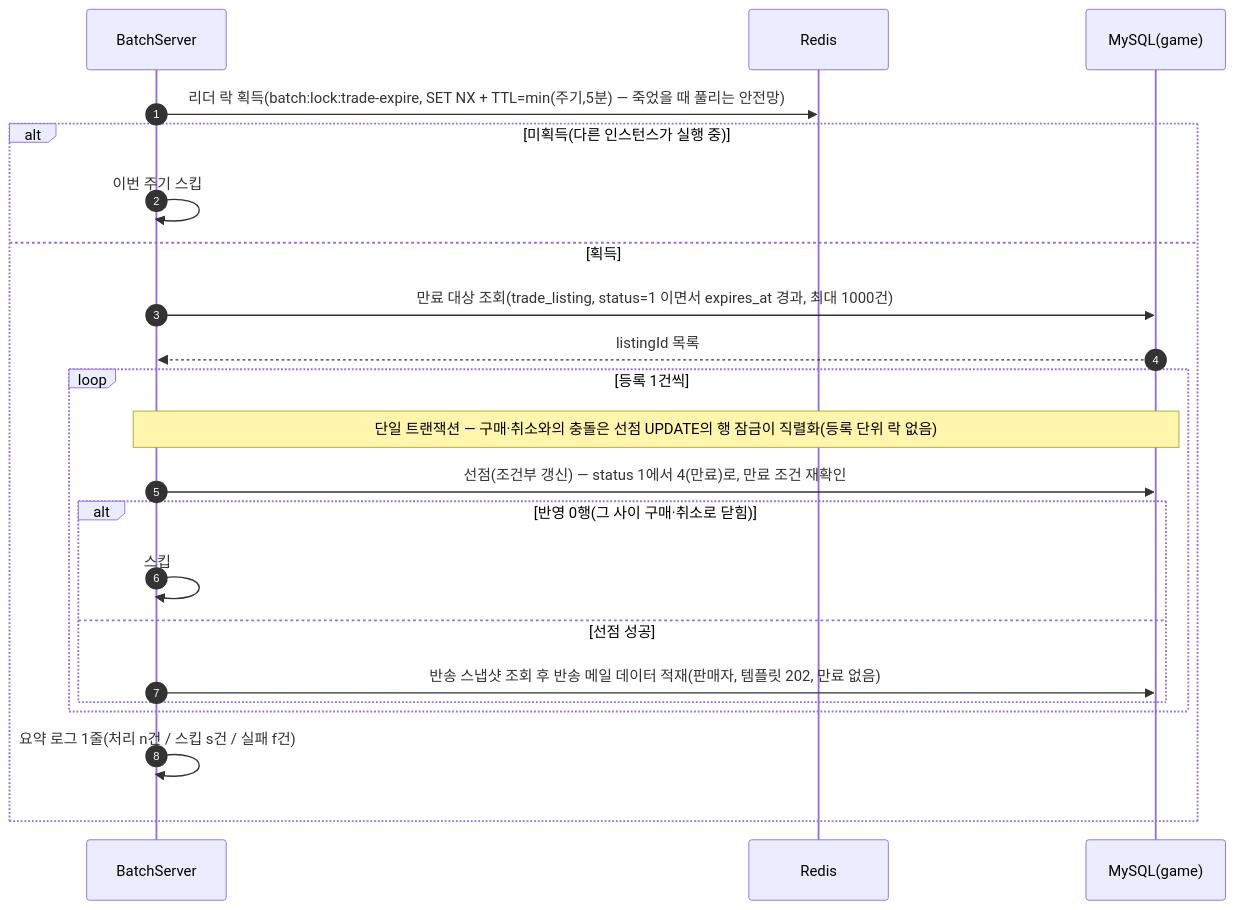
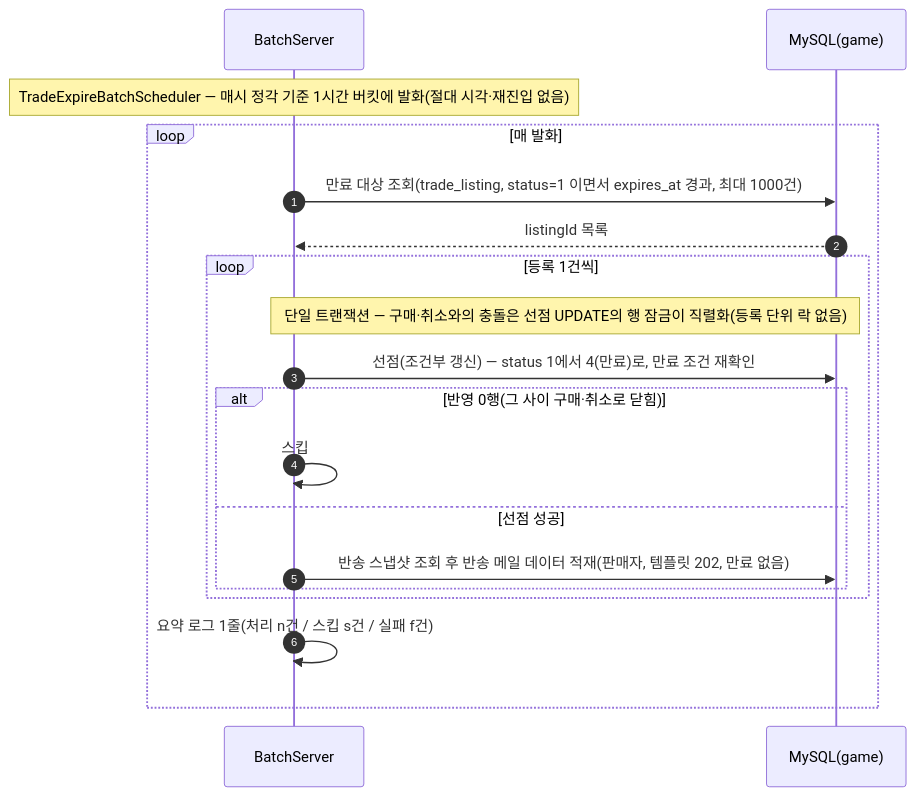
One commit to ks-wook/com2us-taskbar-hero changed diagram 32 of 48 in SequenceDiagram/README.md. Above: the diagram before and after it, drawn with Mermaid. The commit also changed other lines of this file and 83 other files, not shown here.

````diff
--- a/SequenceDiagram/README.md
+++ b/SequenceDiagram/README.md
@@ -1032,25 +1032,22 @@
 ```mermaid
 sequenceDiagram
     autonumber
     participant S as BatchServer
-    participant R as Redis
     participant DB as MySQL(game)
 
-    S->>R: 리더 락 획득(batch:lock:trade-expire, SET NX + TTL=min(주기,5분) — 죽었을 때 풀리는 안전망)
-    alt 미획득(다른 인스턴스가 실행 중)
-        S->>S: 이번 주기 스킵
-    else 획득
+    Note over S: TradeExpireBatchScheduler — 매시 정각 기준 1시간 버킷에 발화(절대 시각·재진입 없음)
+    loop 매 발화
         S->>DB: 만료 대상 조회(trade_listing, status=1 이면서 expires_at 경과, 최대 1000건)
         DB-->>S: listingId 목록
         loop 등록 1건씩
             Note over S,DB: 단일 트랜잭션 — 구매·취소와의 충돌은 선점 UPDATE의 행 잠금이 직렬화(등록 단위 락 없음)
             S->>DB: 선점(조건부 갱신) — status 1에서 4(만료)로, 만료 조건 재확인
             alt 반영 0행(그 사이 구매·취소로 닫힘)
                 S->>S: 스킵
             else 선점 성공
                 S->>DB: 반송 스냅샷 조회 후 반송 메일 데이터 적재(판매자, 템플릿 202, 만료 없음)
-                    end
+            end
         end
         S->>S: 요약 로그 1줄(처리 n건 / 스킵 s건 / 실패 f건)
     end
 ```
````
